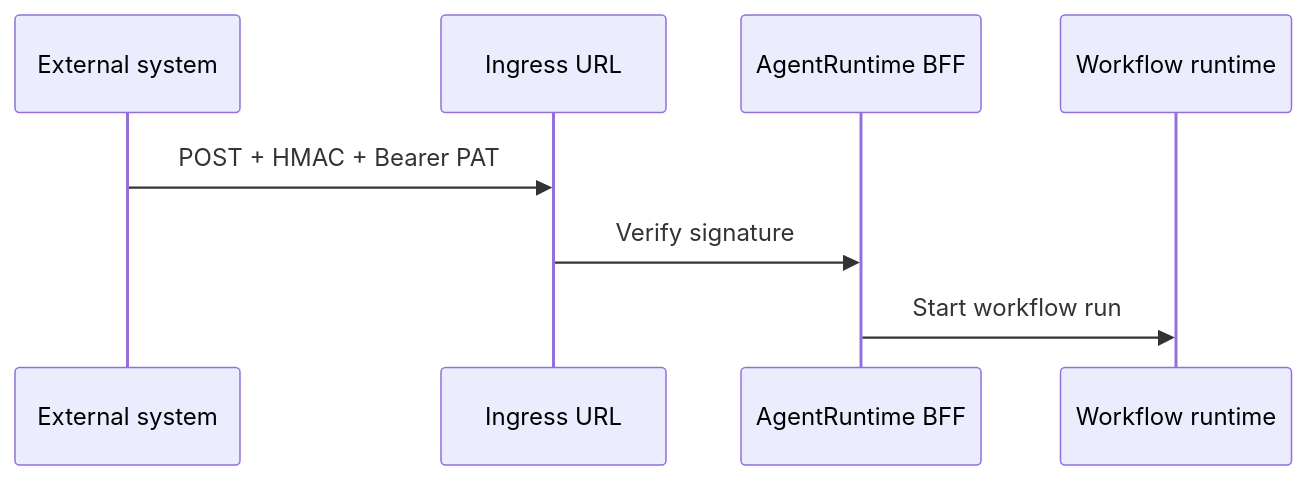
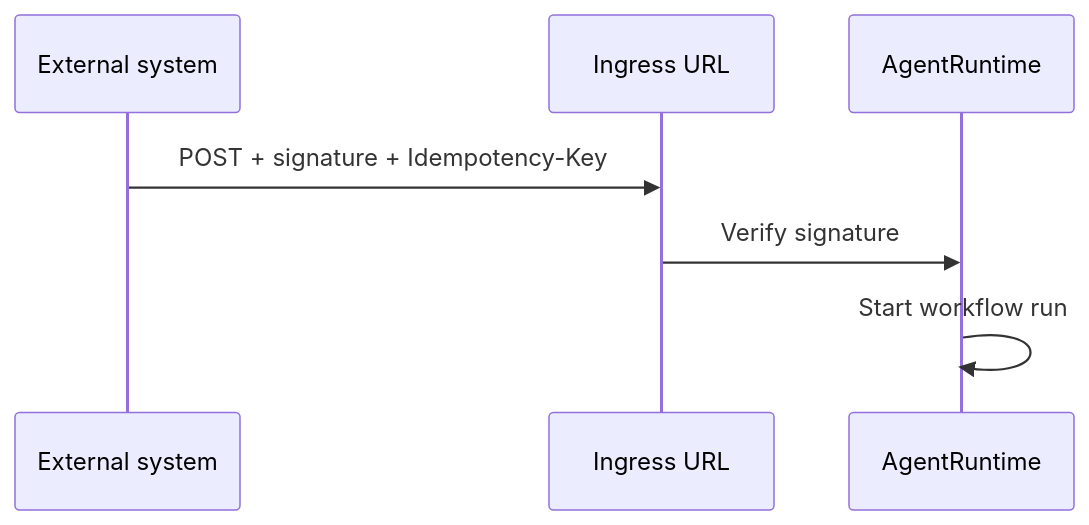
The diagram in integrations/inbound-webhooks.mdx (agentruntime-io/agentruntime-docs), drawn with Mermaid before and after one commit. The commit also changed other lines of this file and 180 other files, not shown here.

````diff
--- a/integrations/inbound-webhooks.mdx
+++ b/integrations/inbound-webhooks.mdx
@@ -14,10 +16,9 @@
 ```mermaid
 sequenceDiagram
   participant Ext as External system
   participant WH as Ingress URL
-  participant BFF as AgentRuntime BFF
-  participant RT as Workflow runtime
-  Ext->>WH: POST + HMAC + Bearer PAT
-  WH->>BFF: Verify signature
-  BFF->>RT: Start workflow run
+  participant AR as AgentRuntime
+  Ext->>WH: POST + signature + Idempotency-Key
+  WH->>AR: Verify signature
+  AR->>AR: Start workflow run
 ```
````
